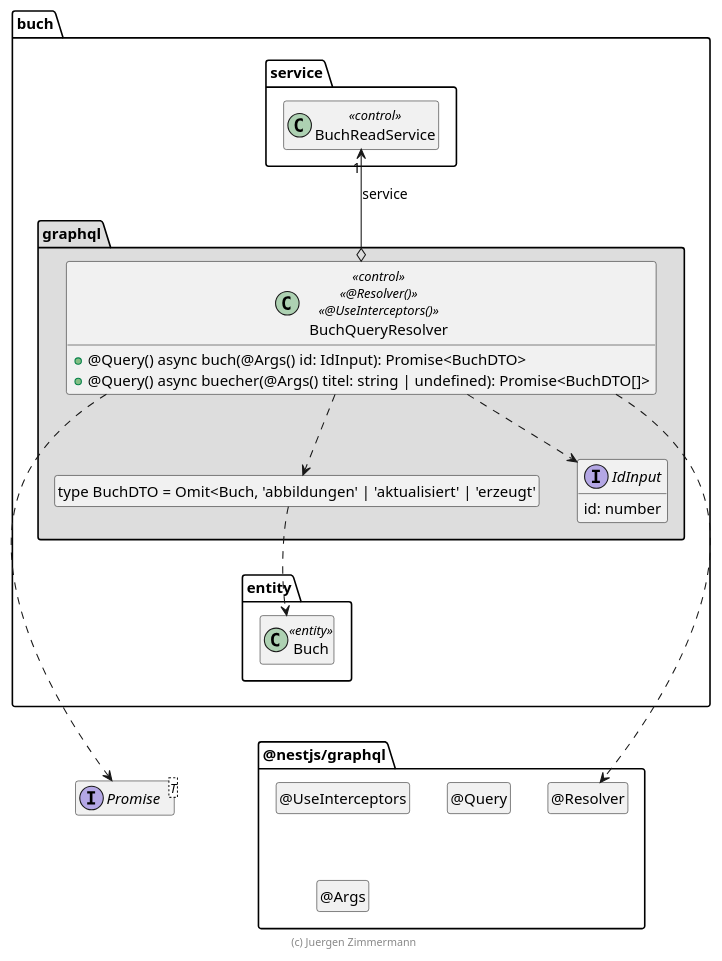
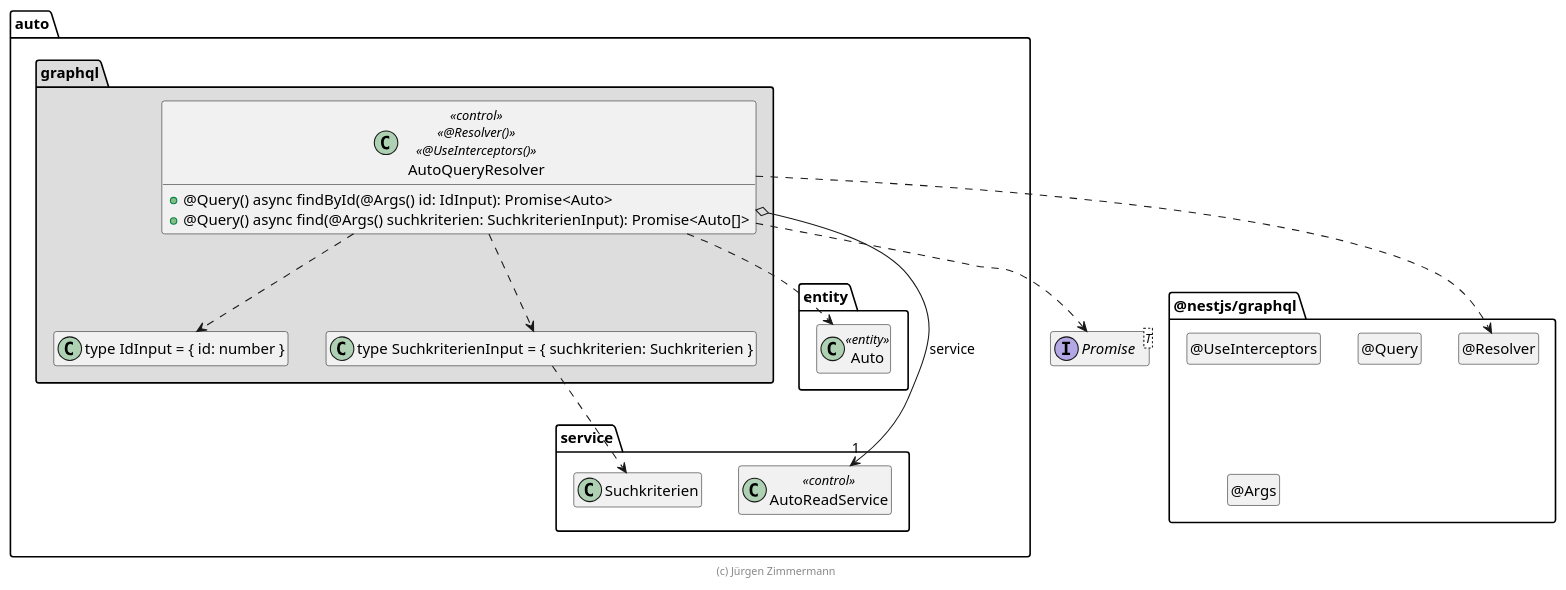
One commit to Philipp3857/auto-1 changed the diagram in .extras/doc/projekthandbuch/BuchQueryResolver.plantuml. Above: the diagram before and after it, drawn with PlantUML. The commit also changed other lines of this file and 13 other files, not shown here.

Commit message:
Plant-UML

```diff
--- a/.extras/doc/projekthandbuch/BuchQueryResolver.plantuml
+++ b/.extras/doc/projekthandbuch/BuchQueryResolver.plantuml
@@ -18,63 +1,53 @@
 @startuml Controller-Klasse
 
 interface Promise<T>
 
 package @nestjs/graphql {
   class "@Resolver" as Resolver
   hide Resolver circle
 
   class "@UseInterceptors" as UseInterceptors
   hide UseInterceptors circle
 
   class "@Query" as Query
   hide Query circle
 
   class "@Args" as Args
   hide Args circle
 
   Resolver .left[hidden].> Promise
 }
 
-package buch {
+package auto {
   package entity {
-    class Buch <<entity>>
+    class Auto <<entity>>
   }
 
   package service {
-    class BuchReadService << control >>
+    class AutoReadService << control >>
+    class Suchkriterien
   }
 
   package graphql #DDDDDD {
-    class "type BuchDTO = Omit<Buch, 'abbildungen' | 'aktualisiert' | 'erzeugt'" as BuchDTO
-    hide BuchDTO circle
-
-    interface IdInput {
-        id: number
+    class "type IdInput = { id: number }" as IdInput
+    class "type SuchkriterienInput = { suchkriterien: Suchkriterien }" as SuchkriterienInput
+    class AutoQueryResolver << control >> << @Resolver() >> << @UseInterceptors() >> {
+      + @Query() async findById(@Args() id: IdInput): Promise<Auto>
+      + @Query() async find(@Args() suchkriterien: SuchkriterienInput): Promise<Auto[]>
     }
 
-    class BuchQueryResolver << control >> << @Resolver() >> << @UseInterceptors() >> {
-      + @Query() async buch(@Args() id: IdInput): Promise<BuchDTO>
-      + @Query() async buecher(@Args() titel: string | undefined): Promise<BuchDTO[]>
-    }
-
-    BuchQueryResolver o-up-> "1" BuchReadService : service
-    BuchQueryResolver ..> BuchDTO
-    BuchQueryResolver ..> IdInput
-    BuchDTO ..> Buch
-    BuchQueryResolver ..> Resolver
-
-    BuchQueryResolver ..> Promise
-
-    BuchDTO .[hidden].> Buch
-    Buch .[hidden].> Promise
-    BuchReadService .[hidden].> Promise
-    Buch .[hidden].> Resolver
-    BuchReadService .[hidden].> Resolver
+    AutoQueryResolver o--> "1" AutoReadService : service
+    AutoQueryResolver ..> Auto
+    AutoQueryResolver ..> IdInput
+    AutoQueryResolver ..> SuchkriterienInput
+    SuchkriterienInput ..> Suchkriterien
+    AutoQueryResolver ..> Resolver
+    AutoQueryResolver ..> Promise
   }
 }
 
 hide empty members
 
-footer (c) Juergen Zimmermann
+footer (c) Jürgen Zimmermann
 
 @enduml
```
